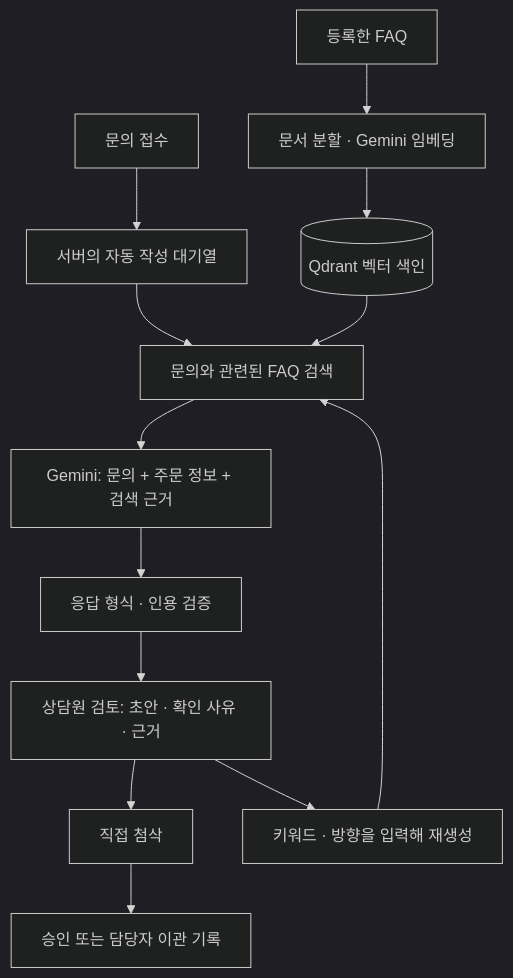
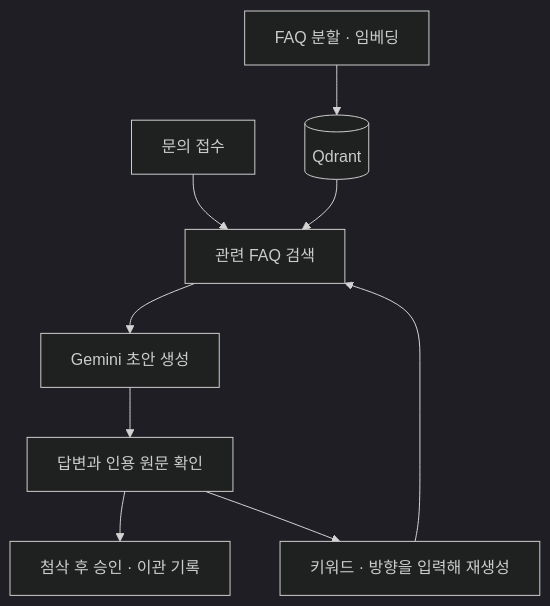
One commit to uckdo/inquiry-desk changed the diagram in README.md. Above: the diagram before and after it, drawn with Mermaid (dark theme). The commit also changed other lines of this file, not shown here.

````diff
--- a/README.md
+++ b/README.md
@@ -11,15 +9,11 @@
 ```mermaid
 flowchart TD
-    A[문의 접수] --> B[서버의 자동 작성 대기열]
-    F[등록한 FAQ] --> I[문서 분할 · Gemini 임베딩]
-    I --> Q[(Qdrant 벡터 색인)]
-    B --> R[문의와 관련된 FAQ 검색]
-    Q --> R
-    R --> G[Gemini: 문의 + 주문 정보 + 검색 근거]
-    G --> V[응답 형식 · 인용 검증]
-    V --> H[상담원 검토: 초안 · 확인 사유 · 근거]
-    H --> E[직접 첨삭]
-    H --> K[키워드 · 방향을 입력해 재생성]
-    K --> R
-    E --> S[승인 또는 담당자 이관 기록]
+    A[문의 접수] --> B[관련 FAQ 검색]
+    F[FAQ 분할 · 임베딩] --> Q[(Qdrant)]
+    Q --> B
+    B --> C[Gemini 초안 생성]
+    C --> D[답변과 인용 원문 확인]
+    D --> E[첨삭 후 승인 · 이관 기록]
+    D --> G[키워드 · 방향을 입력해 재생성]
+    G --> B
 ```
````
